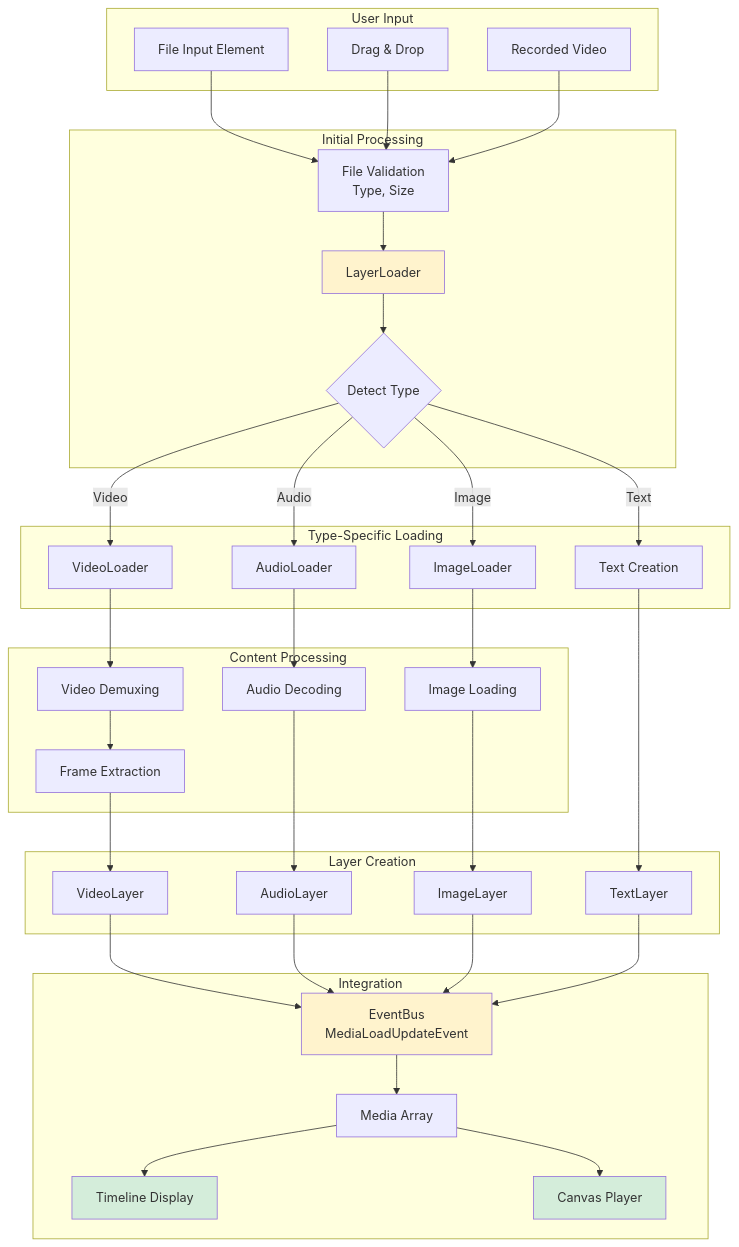
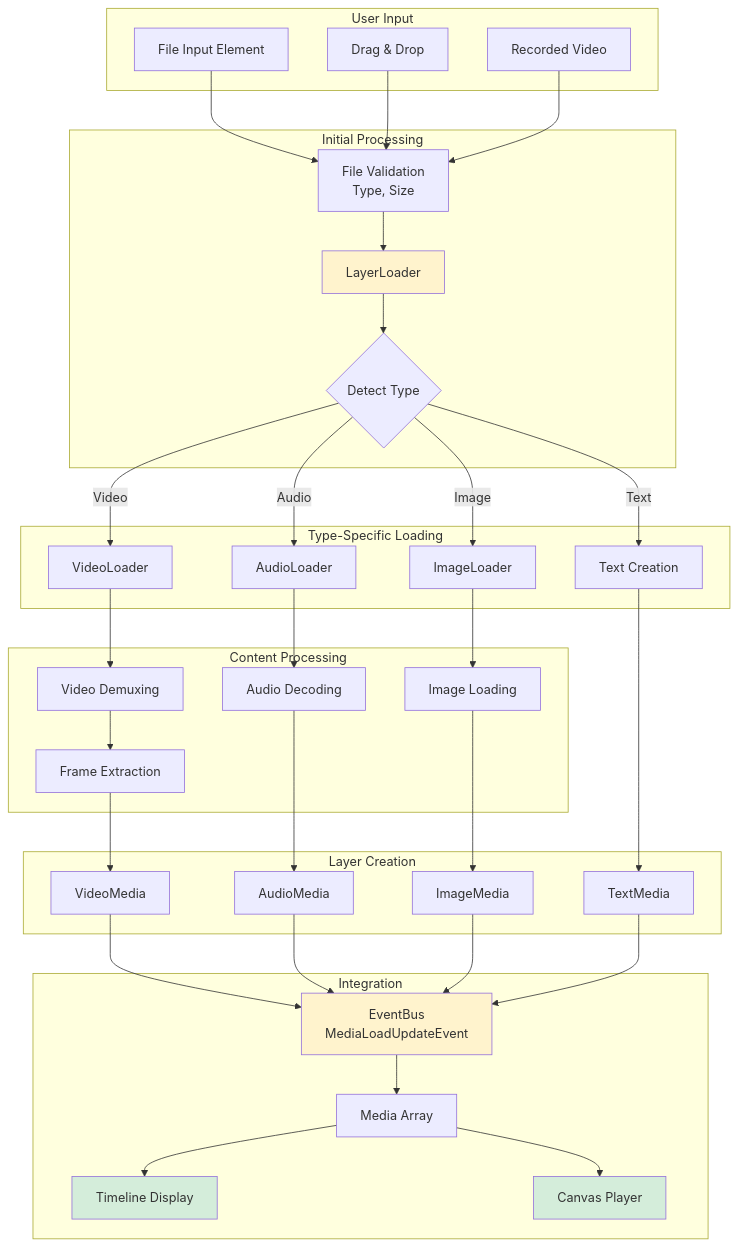
The first of 13 diagrams in docs/architecture/07-data-flow.md (apssouza22/web-video-edit), drawn with Mermaid before and after one commit. The commit also changed other lines of this file and 30 other files, not shown here.

````diff
--- a/docs/architecture/07-data-flow.md
+++ b/docs/architecture/07-data-flow.md
@@ -11,78 +11,78 @@
 ```mermaid
 graph TB
     subgraph "User Input"
         FileInput[File Input Element]
         DragDrop[Drag & Drop]
         RecordedFile[Recorded Video]
     end
     
     subgraph "Initial Processing"
         FileValidation[File Validation<br/>Type, Size]
         LayerLoader[LayerLoader]
         TypeDetection{Detect Type}
     end
     
     subgraph "Type-Specific Loading"
         VideoLoader[VideoLoader]
         AudioLoader[AudioLoader]
         ImageLoader[ImageLoader]
         TextCreation[Text Creation]
     end
     
     subgraph "Content Processing"
         VideoDemux[Video Demuxing]
         AudioDecode[Audio Decoding]
         ImageDecode[Image Loading]
         FrameExtraction[Frame Extraction]
     end
     
     subgraph "Layer Creation"
-        VideoLayer[VideoLayer]
-        AudioLayer[AudioLayer]
-        ImageLayer[ImageLayer]
-        TextLayer[TextLayer]
+        VideoMedia[VideoMedia]
+        AudioMedia[AudioMedia]
+        ImageMedia[ImageMedia]
+        TextMedia[TextMedia]
     end
     
     subgraph "Integration"
         EventBus[EventBus<br/>MediaLoadUpdateEvent]
         MediaArray[Media Array]
         Timeline[Timeline Display]
         Canvas[Canvas Player]
     end
     
     FileInput --> FileValidation
     DragDrop --> FileValidation
     RecordedFile --> FileValidation
     
     FileValidation --> LayerLoader
     LayerLoader --> TypeDetection
     
     TypeDetection -->|Video| VideoLoader
     TypeDetection -->|Audio| AudioLoader
     TypeDetection -->|Image| ImageLoader
     TypeDetection -->|Text| TextCreation
     
     VideoLoader --> VideoDemux
     AudioLoader --> AudioDecode
     ImageLoader --> ImageDecode
     
     VideoDemux --> FrameExtraction
-    FrameExtraction --> VideoLayer
-    AudioDecode --> AudioLayer
-    ImageDecode --> ImageLayer
-    TextCreation --> TextLayer
+    FrameExtraction --> VideoMedia
+    AudioDecode --> AudioMedia
+    ImageDecode --> ImageMedia
+    TextCreation --> TextMedia
     
-    VideoLayer --> EventBus
-    AudioLayer --> EventBus
-    ImageLayer --> EventBus
-    TextLayer --> EventBus
+    VideoMedia --> EventBus
+    AudioMedia --> EventBus
+    ImageMedia --> EventBus
+    TextMedia --> EventBus
     
     EventBus --> MediaArray
     MediaArray --> Timeline
     MediaArray --> Canvas
     
     style LayerLoader fill:#fff3cd
     style EventBus fill:#fff3cd
     style Canvas fill:#d4edda
     style Timeline fill:#d4edda
 ```
````
